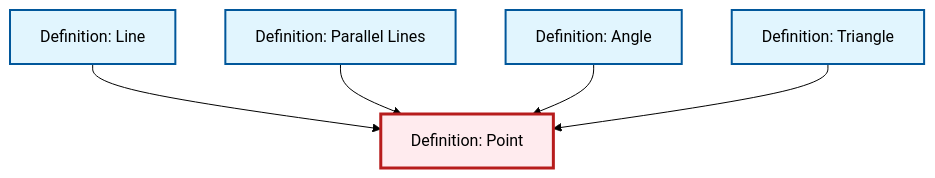
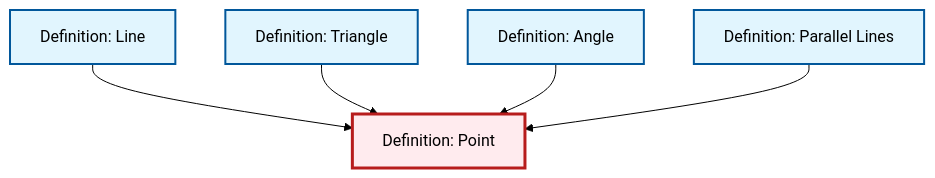
The diagram in content/ja/geometry/def-point.qmd (RK0429/ModernMath), drawn with Mermaid (forest theme) before and after one commit. The commit also changed other lines of this file and 554 other files, not shown here.

````diff
--- a/content/ja/geometry/def-point.qmd
+++ b/content/ja/geometry/def-point.qmd
@@ -40,23 +40,23 @@
 ```{mermaid}
 %%| fig-cap: "Local dependency graph"
 graph TD
     classDef definition fill:#e1f5fe,stroke:#01579b,stroke-width:2px
     classDef theorem fill:#f3e5f5,stroke:#4a148c,stroke-width:2px
     classDef axiom fill:#fff3e0,stroke:#e65100,stroke-width:2px
     classDef example fill:#e8f5e9,stroke:#1b5e20,stroke-width:2px
     classDef current fill:#ffebee,stroke:#b71c1c,stroke-width:3px
     def-line["Definition: Line"]:::definition
+    def-triangle["Definition: Triangle"]:::definition
+    def-point["Definition: Point"]:::definition
+    def-parallel["Definition: Parallel Lines"]:::definition
     def-angle["Definition: Angle"]:::definition
-    def-parallel["Definition: Parallel Lines"]:::definition
-    def-point["Definition: Point"]:::definition
-    def-triangle["Definition: Triangle"]:::definition
     def-line --> def-point
+    def-triangle --> def-point
+    def-angle --> def-point
     def-parallel --> def-point
-    def-angle --> def-point
-    def-triangle --> def-point
     class def-point current
     click def-line "def-line.html" "Definition: Lineへ"
+    click def-triangle "def-triangle.html" "Definition: Triangleへ"
+    click def-parallel "def-parallel.html" "Definition: Parallel Linesへ"
     click def-angle "def-angle.html" "Definition: Angleへ"
-    click def-parallel "def-parallel.html" "Definition: Parallel Linesへ"
-    click def-triangle "def-triangle.html" "Definition: Triangleへ"
 ```
````
